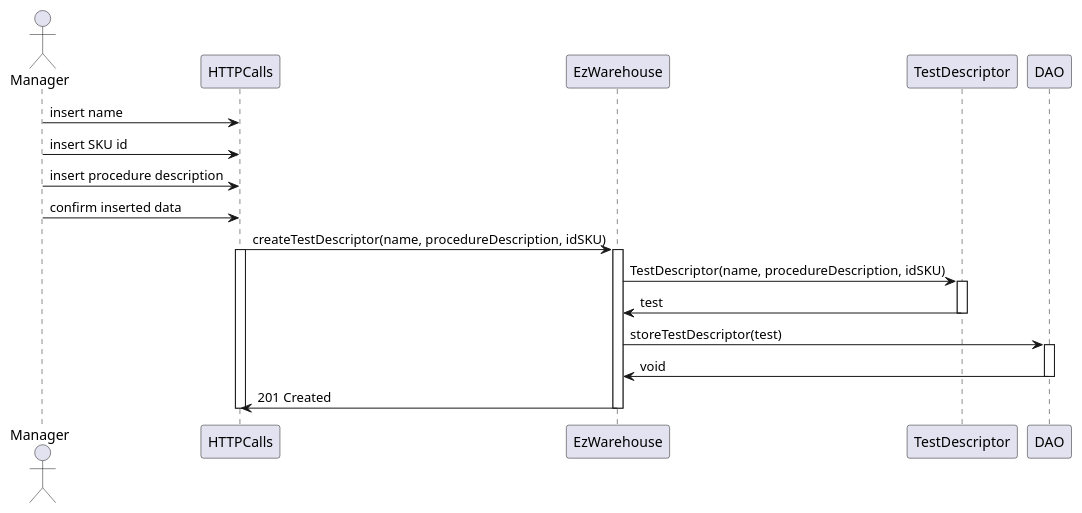
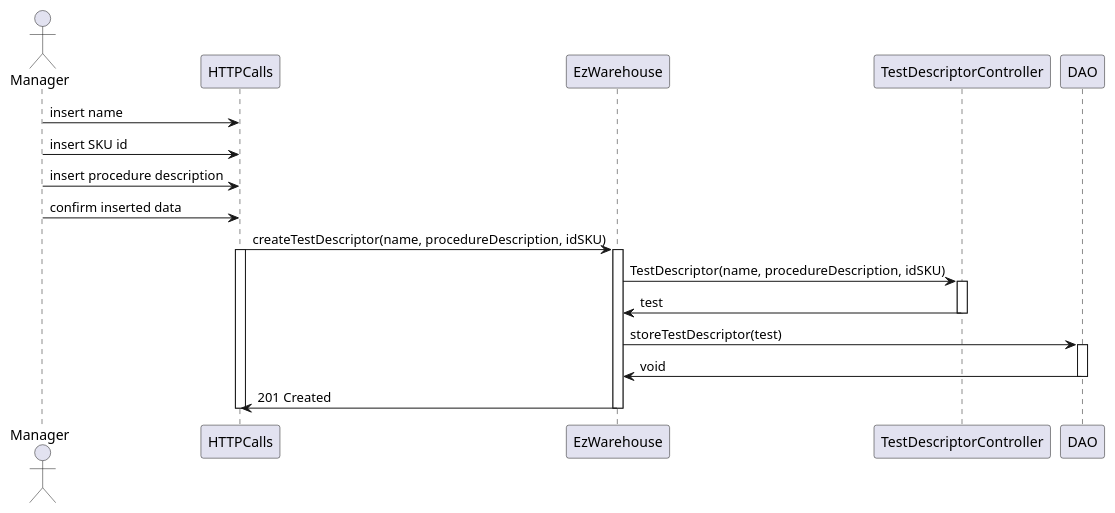
One commit to DavideArcolini/SoftEng_garbageCollector changed diagram 19 of 19 in DesignDocument.md. Above: the diagram before and after it, drawn with PlantUML. The commit also changed other lines of this file and 5 other files, not shown here.

````diff
--- a/DesignDocument.md
+++ b/DesignDocument.md
@@ -1265,26 +1270,26 @@
 ```plantuml
 actor Manager as M
 participant HTTPCalls as H
 participant EzWarehouse as ezwh
-participant TestDescriptor as T
+participant TestDescriptorController as T
 participant DAO as DAO
 
 M -> H : insert name
 M -> H : insert SKU id
 M -> H : insert procedure description
 M -> H : confirm inserted data
 H -> ezwh : createTestDescriptor(name, procedureDescription, idSKU)
 activate H
 activate ezwh
 ezwh -> T : TestDescriptor(name, procedureDescription, idSKU) 
 activate T
 ezwh <- T : test
 deactivate T
 ezwh -> DAO : storeTestDescriptor(test)
 activate DAO
 ezwh <- DAO : void
 deactivate DAO
 H <- ezwh : 201 Created
 deactivate H
 deactivate ezwh
 ```
````
